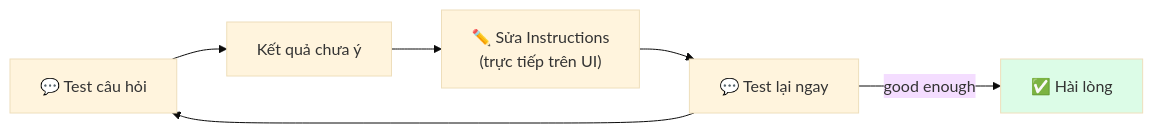
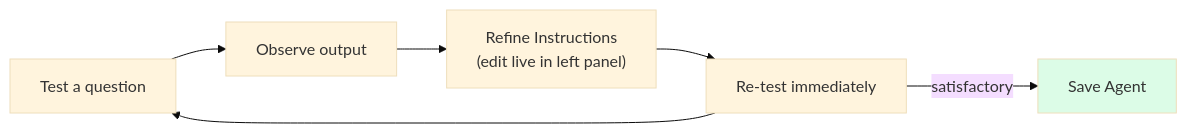
The third of 3 diagrams in docs/azure-ai/part-5-lowcode/L1-agent-builder-portal.md (vuanhtu1993/vuanhtu1993.github.io), drawn with Mermaid (base theme) before and after one commit. The commit also changed other lines of this file and 8 other files, not shown here.

````diff
--- a/docs/azure-ai/part-5-lowcode/L1-agent-builder-portal.md
+++ b/docs/azure-ai/part-5-lowcode/L1-agent-builder-portal.md
@@ -201,13 +207,12 @@
 ```mermaid
 graph LR
-    TEST["💬 Test câu hỏi"]
-    RESULT["Kết quả chưa ý"]
-    EDIT["✏️ Sửa Instructions<br>(trực tiếp trên UI)"]
-    RETEST["💬 Test lại ngay"]
-    OK["✅ Hài lòng"]
+    T["Test a question"]
+    O["Observe output"]
+    R["Refine Instructions\n(edit live in left panel)"]
+    RT["Re-test immediately"]
 
-    TEST --> RESULT --> EDIT --> RETEST --> TEST
-    RETEST -->|"good enough"| OK
+    T --> O --> R --> RT --> T
+    RT -->|"satisfactory"| S["Save Agent"]
 
-    style OK fill:#dcfce7
+    style S fill:#dcfce7
 ```
````
